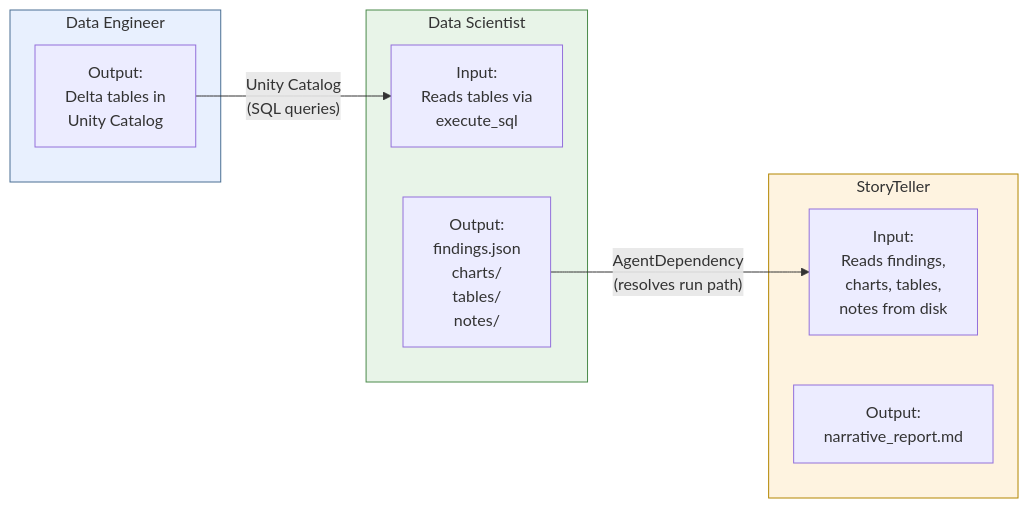
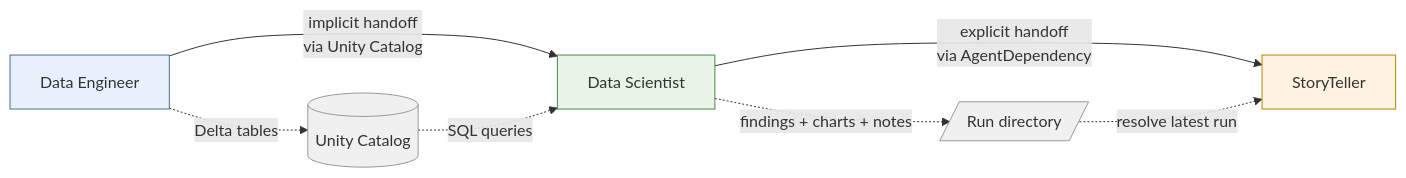
The eighth of 9 diagrams in docs/run-management.md (jweinberg-a2a/versifai-data-agents), drawn with Mermaid before and after one commit. The commit also changed other lines of this file and 4 other files, not shown here.

Commit message:
diagrams fixed

````diff
--- a/docs/run-management.md
+++ b/docs/run-management.md
@@ -526,23 +464,16 @@
 ```mermaid
 flowchart LR
-    subgraph eng["Data Engineer"]
-        ENG_OUT["Output:<br>Delta tables in<br>Unity Catalog"]
-    end
+    ENG["Data Engineer"] -->|"implicit handoff<br>via Unity Catalog"| SCI["Data Scientist"]
+    SCI -->|"explicit handoff<br>via AgentDependency"| STORY["StoryTeller"]
 
-    subgraph sci["Data Scientist"]
-        SCI_IN["Input:<br>Reads tables via<br>execute_sql"]
-        SCI_OUT["Output:<br>findings.json<br>charts/<br>tables/<br>notes/"]
-    end
+    ENG -.->|"Delta tables"| CAT[("Unity Catalog")]
+    CAT -.->|"SQL queries"| SCI
+    SCI -.->|"findings + charts + notes"| DISK[/"Run directory"/]
+    DISK -.->|"resolve latest run"| STORY
 
-    subgraph story["StoryTeller"]
-        ST_IN["Input:<br>Reads findings,<br>charts, tables,<br>notes from disk"]
-        ST_OUT["Output:<br>narrative_report.md"]
-    end
-
-    ENG_OUT -->|"Unity Catalog<br>(SQL queries)"| SCI_IN
-    SCI_OUT -->|"AgentDependency<br>(resolves run path)"| ST_IN
-
-    style eng fill:#e8f0fe,stroke:#4a6f93
-    style sci fill:#e8f4e8,stroke:#4a8a4a
-    style story fill:#fef3e0,stroke:#b38600
+    style ENG fill:#e8f0fe,stroke:#4a6f93
+    style SCI fill:#e8f4e8,stroke:#4a8a4a
+    style STORY fill:#fef3e0,stroke:#b38600
+    style CAT fill:#f0f0f0,stroke:#999
+    style DISK fill:#f0f0f0,stroke:#999
 ```
````
